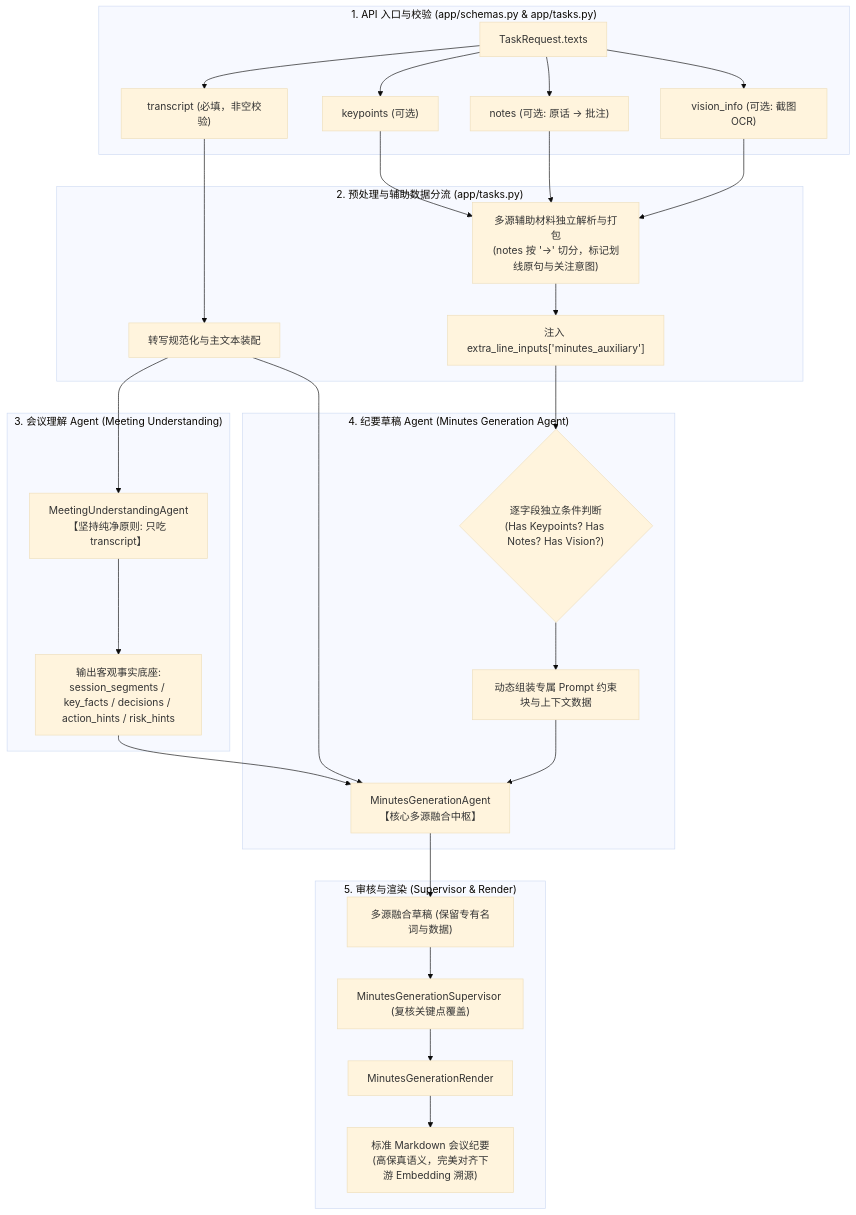
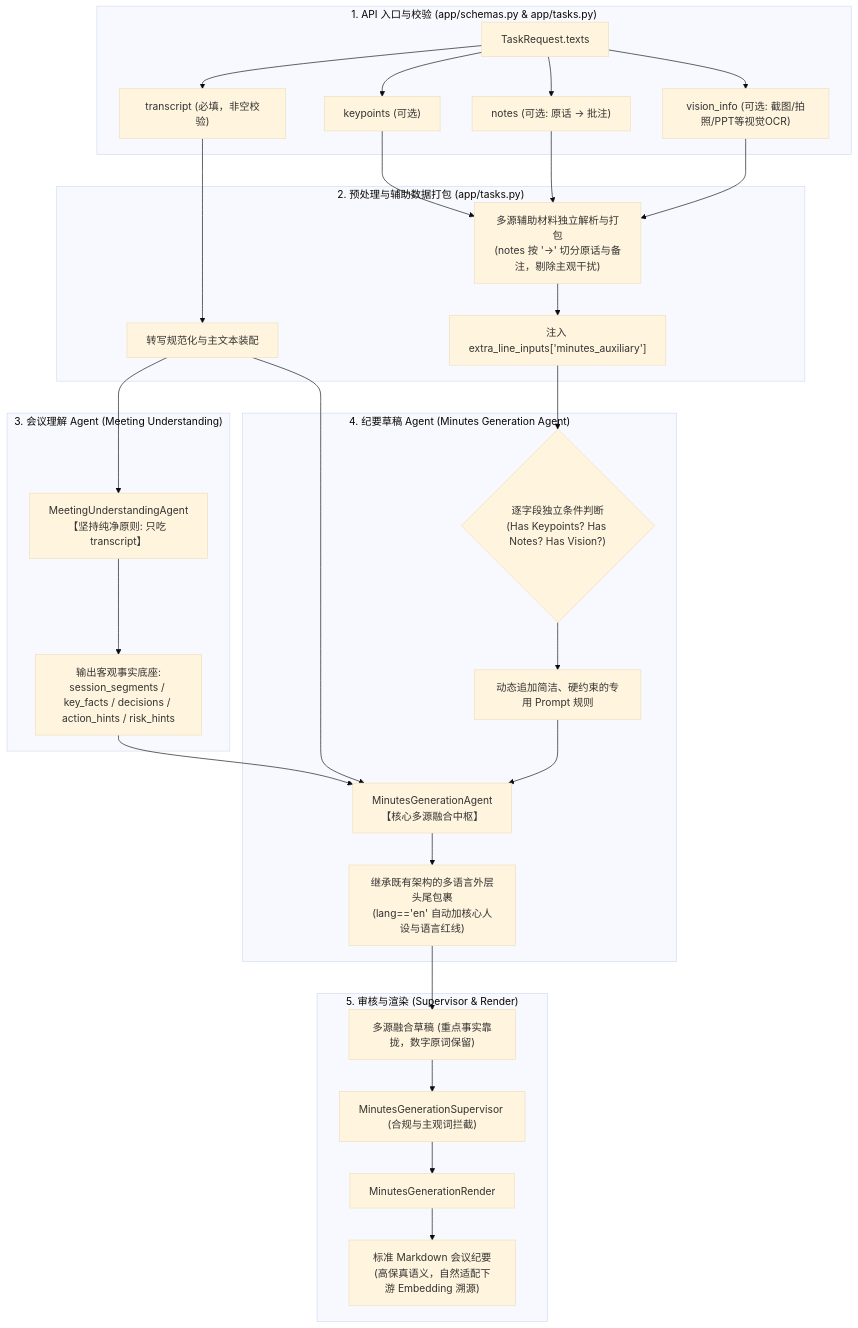
One commit to ohhhhh-hyf/AgentFlow changed the diagram in ACTION_PLAN_MULTI_SOURCE_MINUTES.md. Above: the diagram before and after it, drawn with Mermaid (base theme). The commit also changed other lines of this file, not shown here.

````diff
--- a/ACTION_PLAN_MULTI_SOURCE_MINUTES.md
+++ b/ACTION_PLAN_MULTI_SOURCE_MINUTES.md
@@ -22,36 +22,37 @@
 ```mermaid
 flowchart TD
     subgraph S1["1. API 入口与校验 (app/schemas.py & app/tasks.py)"]
         Req["TaskRequest.texts"]
         Req --> T["transcript (必填，非空校验)"]
         Req --> K["keypoints (可选)"]
         Req --> N["notes (可选: 原话 -> 批注)"]
-        Req --> V["vision_info (可选: 截图OCR)"]
+        Req --> V["vision_info (可选: 截图/拍照/PPT等视觉OCR)"]
     end
 
-    subgraph S2["2. 预处理与辅助数据分流 (app/tasks.py)"]
+    subgraph S2["2. 预处理与辅助数据打包 (app/tasks.py)"]
         T --> TransProc["转写规范化与主文本装配"]
-        K & N & V --> AuxPack["多源辅助材料独立解析与打包\n(notes 按 '->' 切分，标记划线原句与关注意图)"]
+        K & N & V --> AuxPack["多源辅助材料独立解析与打包\n(notes 按 '->' 切分原话与备注，剔除主观干扰)"]
         AuxPack --> Extra["注入 extra_line_inputs['minutes_auxiliary']"]
     end
 
     subgraph S3["3. 会议理解 Agent (Meeting Understanding)"]
         TransProc --> MU["MeetingUnderstandingAgent\n【坚持纯净原则: 只吃 transcript】"]
         MU --> Facts["输出客观事实底座:\nsession_segments / key_facts / decisions / action_hints / risk_hints"]
     end
 
     subgraph S4["4. 纪要草稿 Agent (Minutes Generation Agent)"]
         Facts --> MG["MinutesGenerationAgent\n【核心多源融合中枢】"]
         TransProc --> MG
         Extra --> CondCheck{"逐字段独立条件判断\n(Has Keypoints? Has Notes? Has Vision?)"}
-        CondCheck --> PromptMod["动态组装专属 Prompt 约束块与上下文数据"]
+        CondCheck --> PromptMod["动态追加简洁、硬约束的专用 Prompt 规则"]
         PromptMod --> MG
+        MG --> Wrap["继承既有架构的多语言外层头尾包裹\n(lang=='en' 自动加核心人设与语言红线)"]
     end
 
     subgraph S5["5. 审核与渲染 (Supervisor & Render)"]
-        MG --> Draft["多源融合草稿 (保留专有名词与数据)"]
-        Draft --> Sup["MinutesGenerationSupervisor (复核关键点覆盖)"]
+        Wrap --> Draft["多源融合草稿 (重点事实靠拢，数字原词保留)"]
+        Draft --> Sup["MinutesGenerationSupervisor (合规与主观词拦截)"]
         Sup --> Rend["MinutesGenerationRender"]
-        Rend --> Final["标准 Markdown 会议纪要\n(高保真语义，完美对齐下游 Embedding 溯源)"]
+        Rend --> Final["标准 Markdown 会议纪要\n(高保真语义，自然适配下游 Embedding 溯源)"]
     end
 ```
````
